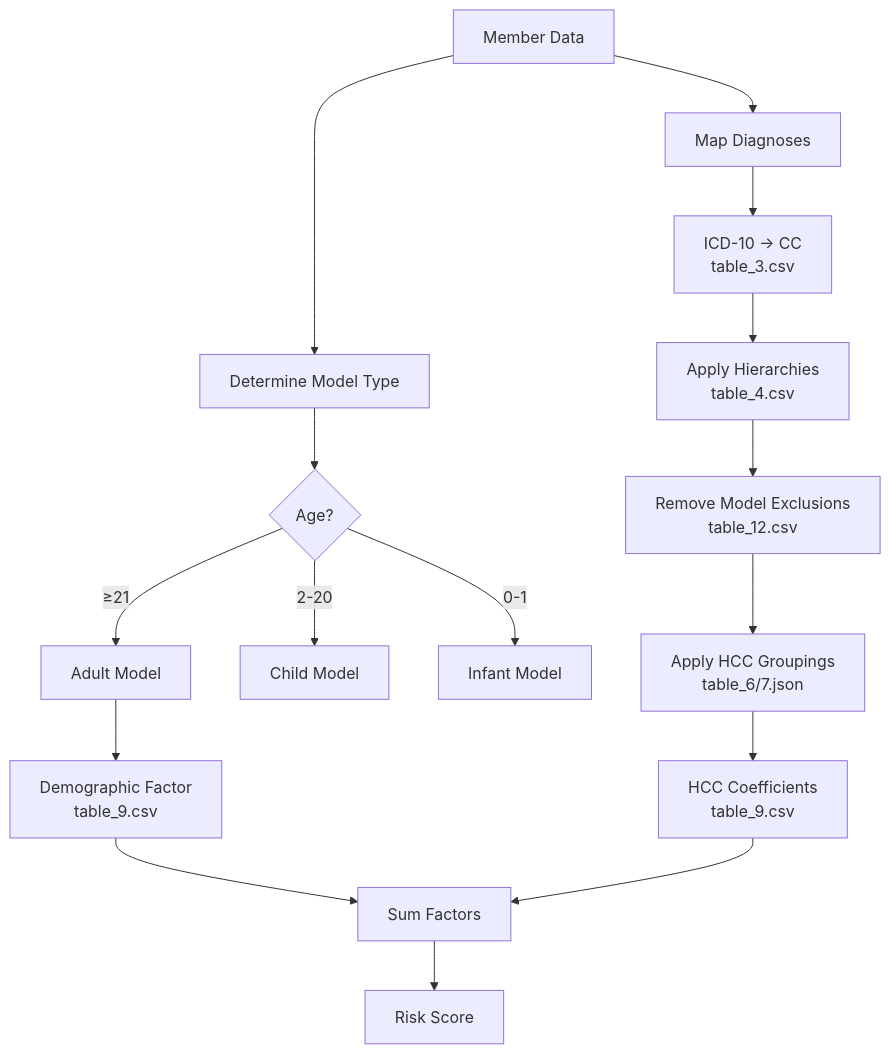
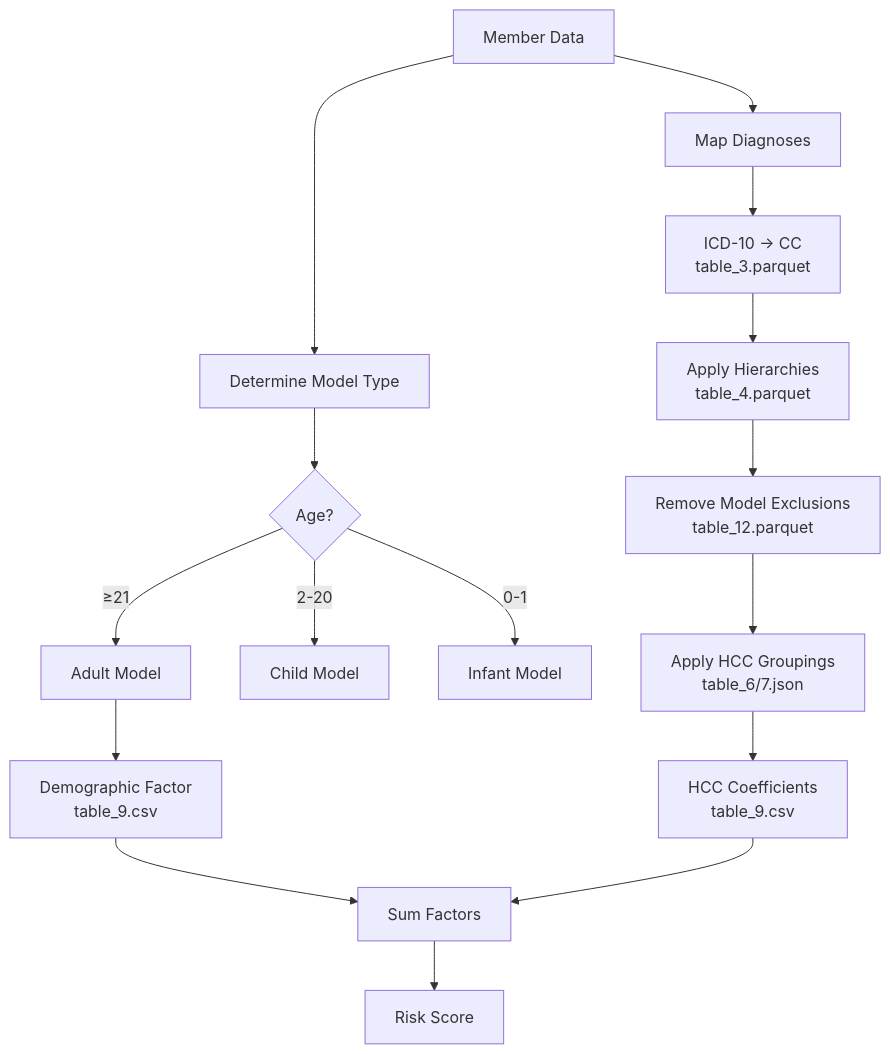
The first of 3 diagrams in ra_calculators/aca_risk_calculator/README.md (garthmortensen/prism), drawn with Mermaid before and after one commit. The commit also changed other lines of this file and 37 other files, not shown here.

Commit message:
perf(diy-parquet): convert csv files to parquet

````diff
--- a/ra_calculators/aca_risk_calculator/README.md
+++ b/ra_calculators/aca_risk_calculator/README.md
@@ -45,22 +47,22 @@
 ```mermaid
 flowchart TD
     A[Member Data] --> B[Determine Model Type]
     B --> C{Age?}
     C -->|≥21| D[Adult Model]
     C -->|2-20| E[Child Model]
     C -->|0-1| F[Infant Model]
     
     A --> G[Map Diagnoses]
-    G --> H[ICD-10 → CC<br/>table_3.csv]
+    G --> H[ICD-10 → CC<br/>table_3.parquet]
     
-    H --> I[Apply Hierarchies<br/>table_4.csv]
-    I --> J[Remove Model Exclusions<br/>table_12.csv]
+    H --> I[Apply Hierarchies<br/>table_4.parquet]
+    I --> J[Remove Model Exclusions<br/>table_12.parquet]
     J --> K[Apply HCC Groupings<br/>table_6/7.json]
     
     D --> L[Demographic Factor<br/>table_9.csv]
     K --> M[HCC Coefficients<br/>table_9.csv]
     
     L --> N[Sum Factors]
     M --> N
     N --> O[Risk Score]
 ```
````
